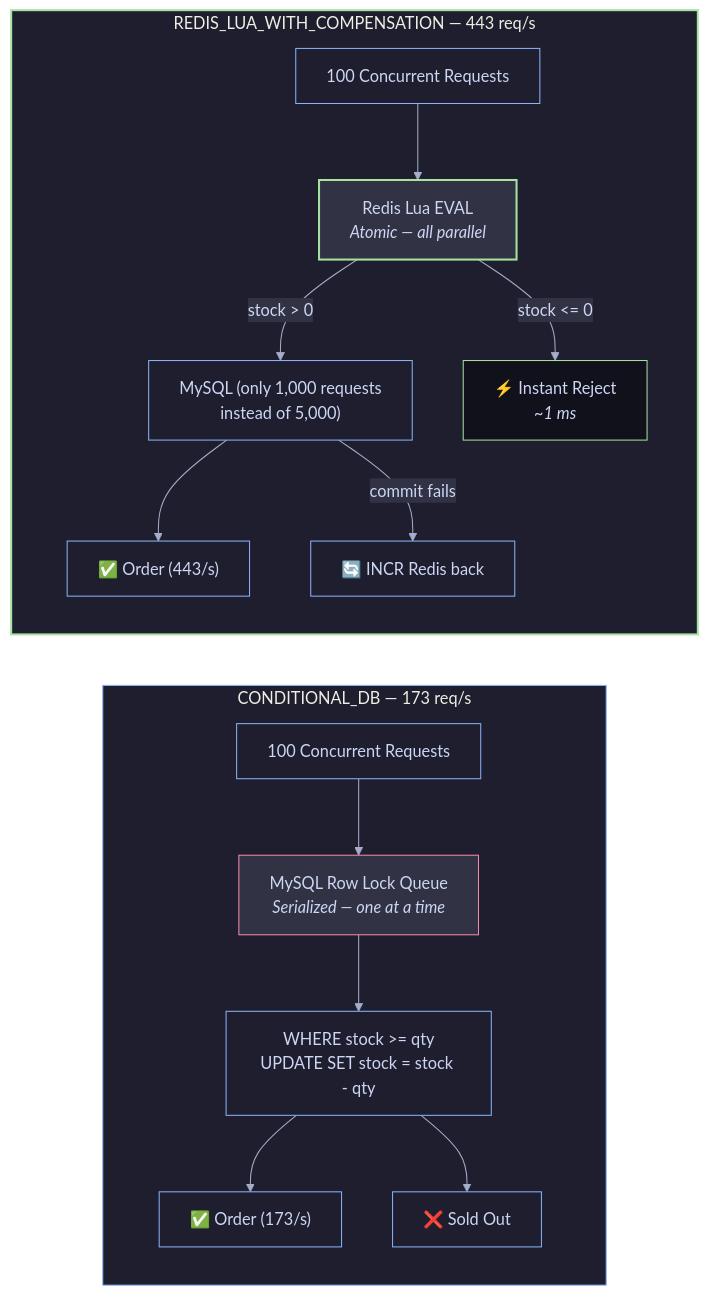
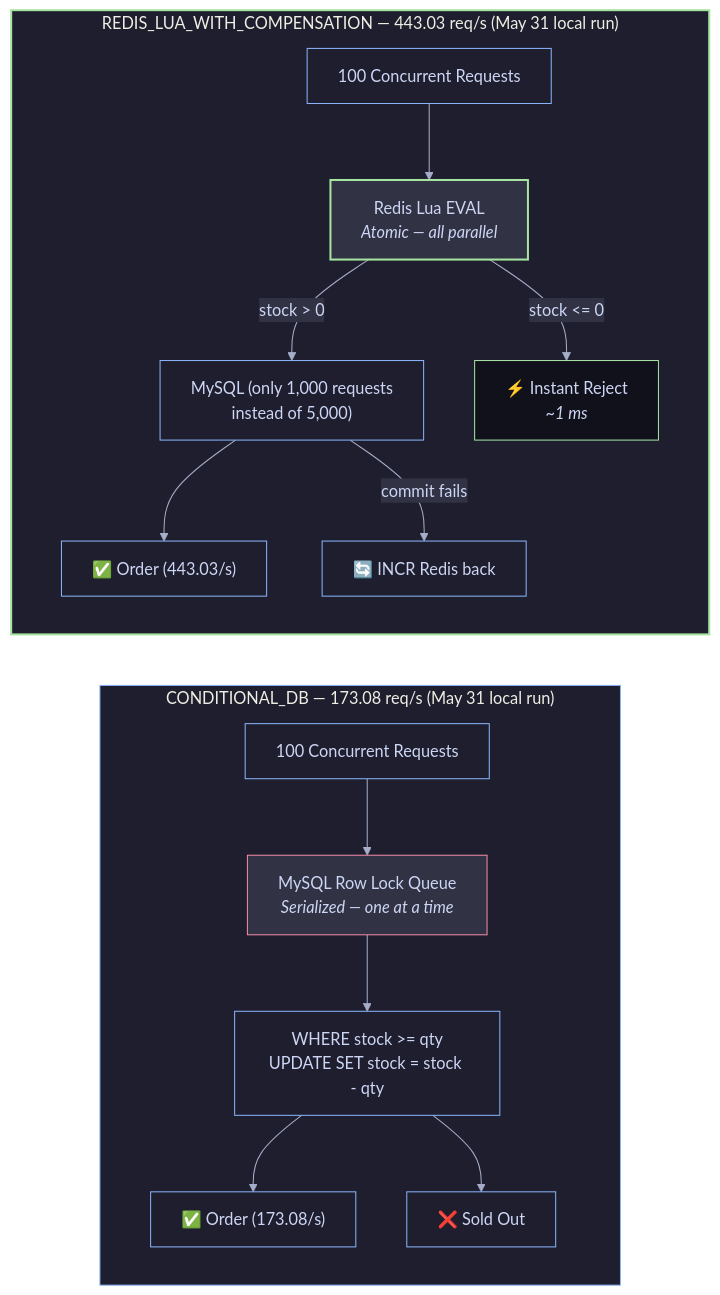
Before and after one commit to qwan30/Flash-Sale-Concurrency-Engine: the second of 3 diagrams in README.md, drawn with Mermaid. The commit also changed other lines of this file and 38 other files, not shown here.

````diff
--- a/README.md
+++ b/README.md
@@ -112,26 +114,26 @@
 ```mermaid
 %%{init: {'theme': 'base', 'themeVariables': { 'primaryColor': '#1e1e2e', 'primaryTextColor': '#cdd6f4', 'primaryBorderColor': '#89b4fa', 'lineColor': '#a6adc8', 'secondaryColor': '#313244', 'tertiaryColor': '#11111b'}}}%%
 graph LR
-    subgraph CONDITIONAL["CONDITIONAL_DB — 173 req/s"]
+    subgraph CONDITIONAL["CONDITIONAL_DB — 173.08 req/s (May 31 local run)"]
         direction TB
         R1["100 Concurrent Requests"] --> DB1["MySQL Row Lock Queue<br/><i>Serialized — one at a time</i>"]
         DB1 --> C1["WHERE stock >= qty<br/>UPDATE SET stock = stock - qty"]
-        C1 --> R1_OK["✅ Order (173/s)"]
+        C1 --> R1_OK["✅ Order (173.08/s)"]
         C1 --> R1_FAIL["❌ Sold Out"]
     end
 
-    subgraph REDIS_COMP["REDIS_LUA_WITH_COMPENSATION — 443 req/s"]
+    subgraph REDIS_COMP["REDIS_LUA_WITH_COMPENSATION — 443.03 req/s (May 31 local run)"]
         direction TB
         R2["100 Concurrent Requests"] --> RedisGate["Redis Lua EVAL<br/><i>Atomic — all parallel</i>"]
         RedisGate -->|"stock > 0"| DB2["MySQL (only 1,000 requests<br/>instead of 5,000)"]
         RedisGate -->|"stock <= 0"| FastFail["⚡ Instant Reject<br/><i>~1 ms</i>"]
-        DB2 --> R2_OK["✅ Order (443/s)"]
+        DB2 --> R2_OK["✅ Order (443.03/s)"]
         DB2 -->|"commit fails"| Comp["🔄 INCR Redis back"]
     end
 
     style CONDITIONAL fill:#1e1e2e,stroke:#89b4fa,stroke-width:1px
     style REDIS_COMP fill:#1e1e2e,stroke:#a6e3a1,stroke-width:2px
     style DB1 fill:#313244,stroke:#f38ba8,stroke-width:1px
     style RedisGate fill:#313244,stroke:#a6e3a1,stroke-width:2px
     style FastFail fill:#11111b,stroke:#a6e3a1,stroke-width:1px
 ```
````
